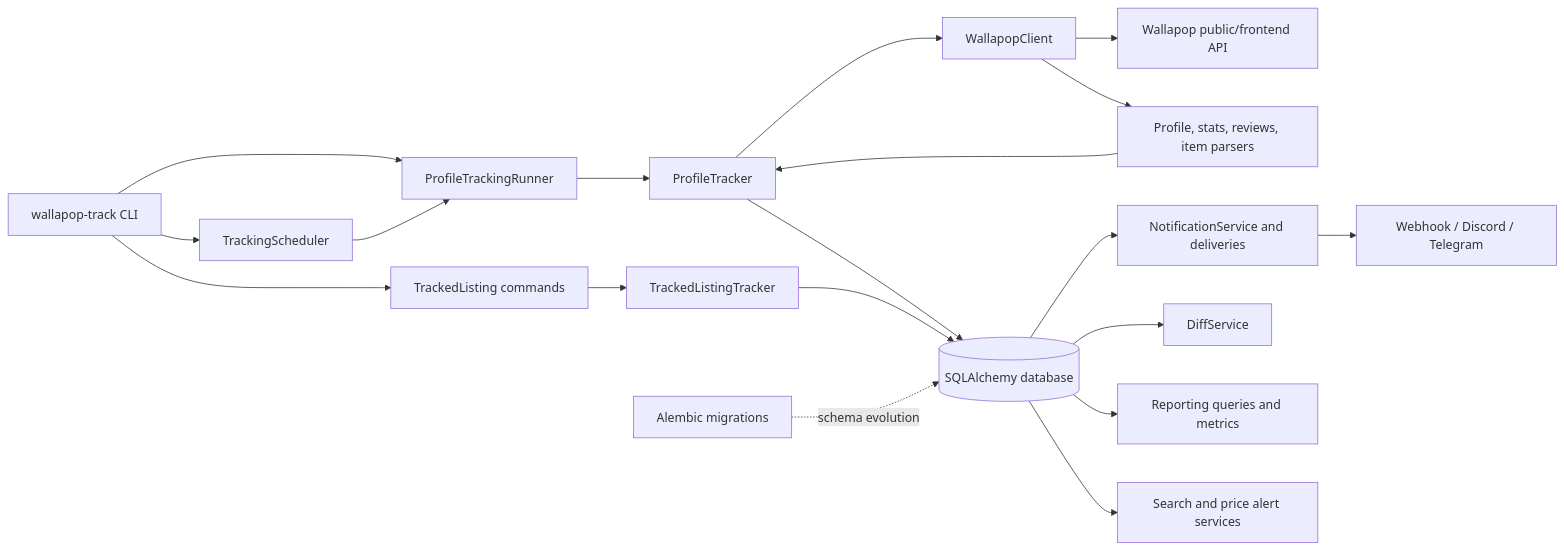
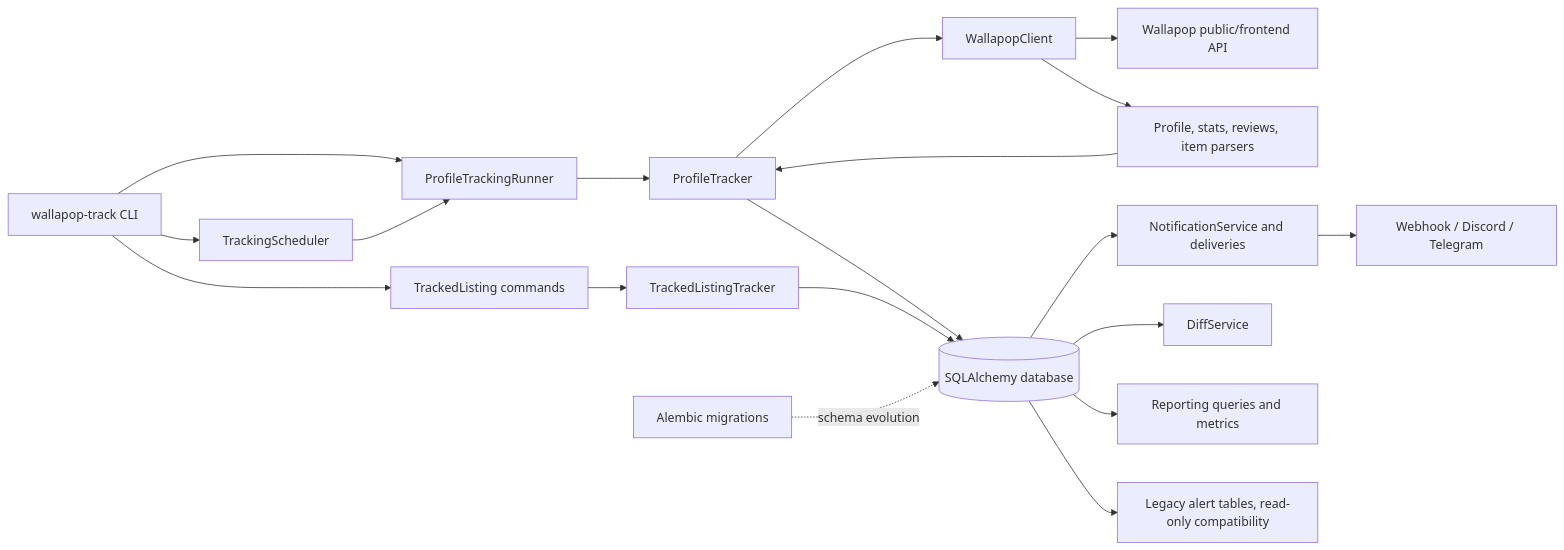
One commit to vgvr0/wallapop-tracker changed the diagram in README.md. Above: the diagram before and after it, drawn with Mermaid. The commit also changed other lines of this file and 12 other files, not shown here.

````diff
--- a/README.md
+++ b/README.md
@@ -27,21 +28,21 @@
 ```mermaid
 flowchart LR
     CLI[wallapop-track CLI] --> Scheduler[TrackingScheduler]
     CLI --> Runner[ProfileTrackingRunner]
     Scheduler --> Runner
     Runner --> Tracker[ProfileTracker]
     Tracker --> Client[WallapopClient]
     Client --> API[Wallapop public/frontend API]
     Client --> Parsers[Profile, stats, reviews, item parsers]
     Parsers --> Tracker
     Tracker --> DB[(SQLAlchemy database)]
     DB --> Notifications[NotificationService and deliveries]
     Notifications --> Channels[Webhook / Discord / Telegram]
     CLI --> Listing[TrackedListing commands]
     Listing --> ListingTracker[TrackedListingTracker]
     ListingTracker --> DB
     DB --> Diff[DiffService]
     DB --> Reporting[Reporting queries and metrics]
-    DB --> Alerts[Search and price alert services]
+    DB --> Alerts[Legacy alert tables, read-only compatibility]
     Migrations[Alembic migrations] -. schema evolution .-> DB
 ```
````
